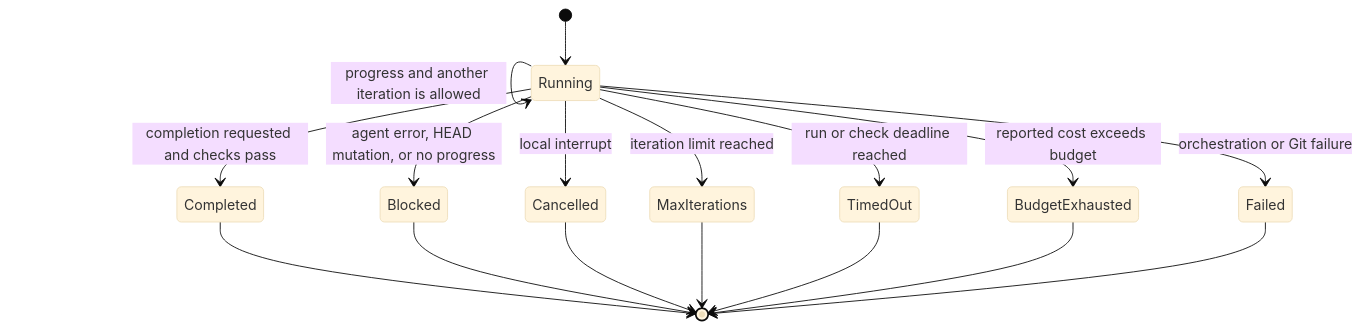
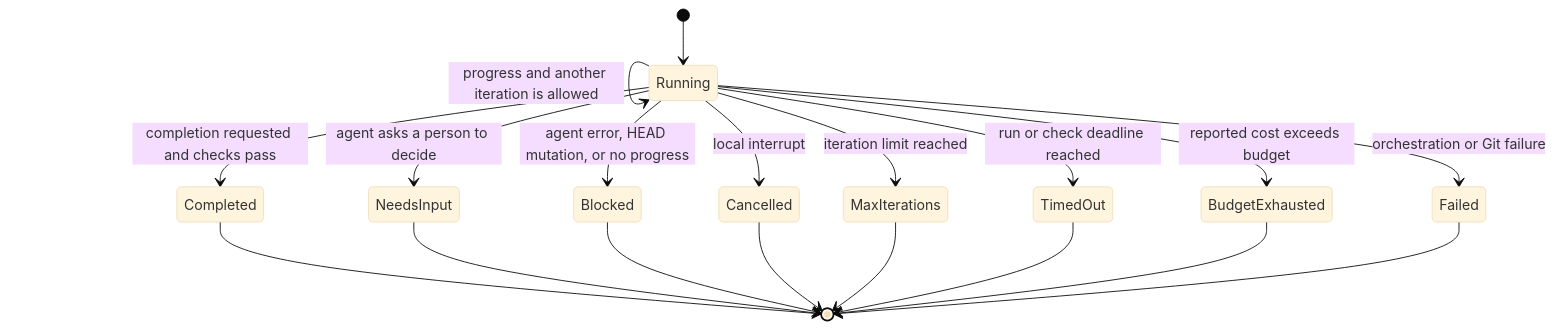
Before and after one commit to OctopusGarage/ralphworks: the second of 3 diagrams in docs/ARCHITECTURE.md, drawn with Mermaid (base theme). The commit also changed other lines of this file and 17 other files, not shown here.

````diff
--- a/docs/ARCHITECTURE.md
+++ b/docs/ARCHITECTURE.md
@@ -46,19 +46,21 @@
 ```mermaid
 stateDiagram-v2
     [*] --> Running
     Running --> Running: progress and another iteration is allowed
     Running --> Completed: completion requested and checks pass
+    Running --> NeedsInput: agent asks a person to decide
     Running --> Blocked: agent error, HEAD mutation, or no progress
     Running --> Cancelled: local interrupt
     Running --> MaxIterations: iteration limit reached
     Running --> TimedOut: run or check deadline reached
     Running --> BudgetExhausted: reported cost exceeds budget
     Running --> Failed: orchestration or Git failure
     Completed --> [*]
+    NeedsInput --> [*]
     Blocked --> [*]
     Cancelled --> [*]
     MaxIterations --> [*]
     TimedOut --> [*]
     BudgetExhausted --> [*]
     Failed --> [*]
 ```
````
